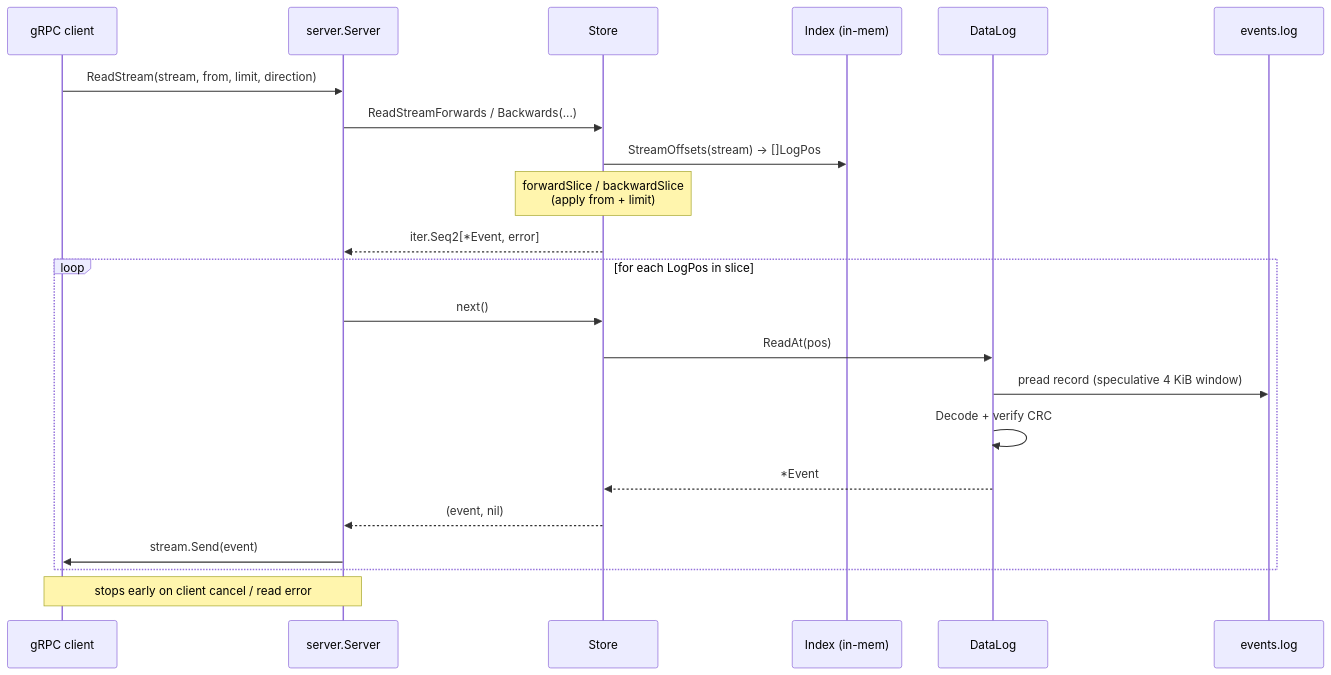
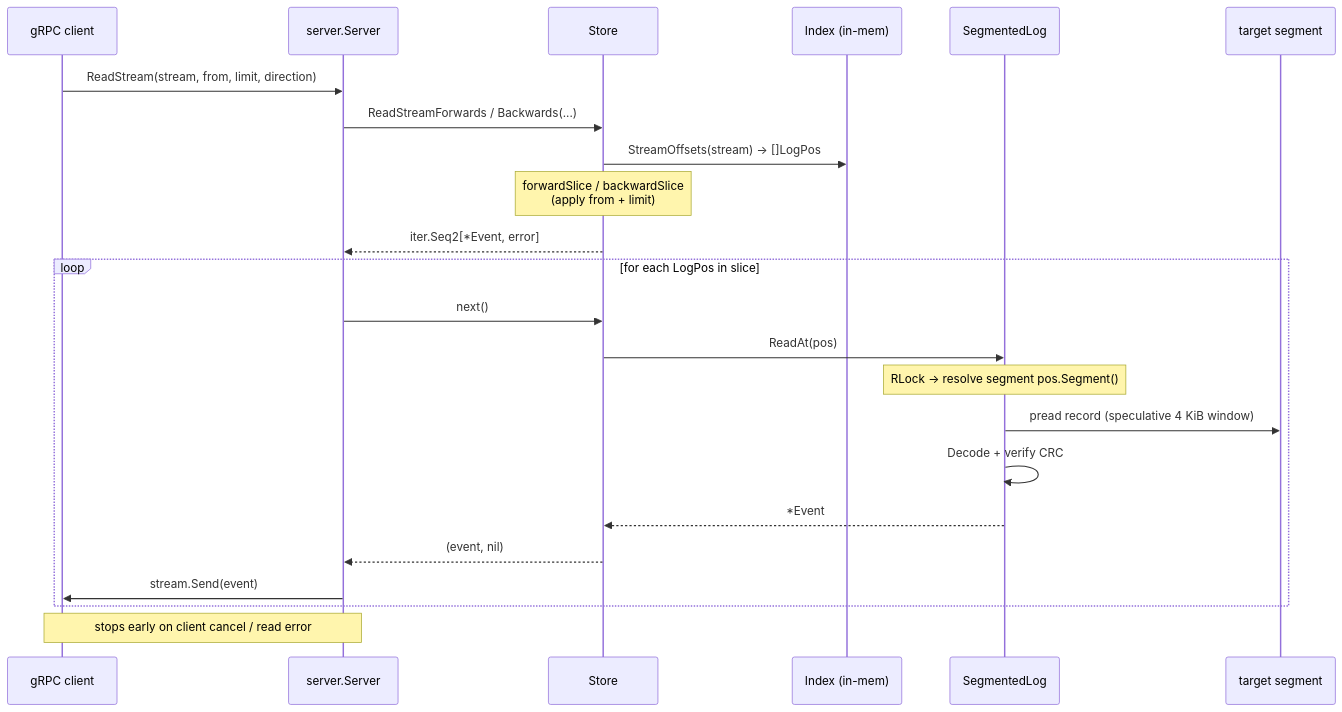
The third of 6 diagrams in doc/architecture.md (leow93/eventstore), drawn with Mermaid before and after one commit. The commit also changed other lines of this file and 13 other files, not shown here.

````diff
--- a/doc/architecture.md
+++ b/doc/architecture.md
@@ -113,25 +114,26 @@
 ```mermaid
 sequenceDiagram
     participant C as gRPC client
     participant S as server.Server
     participant St as Store
     participant Ix as Index (in-mem)
-    participant L as DataLog
-    participant D as events.log
+    participant L as SegmentedLog
+    participant D as target segment
 
     C->>S: ReadStream(stream, from, limit, direction)
     S->>St: ReadStreamForwards / Backwards(...)
     St->>Ix: StreamOffsets(stream) → []LogPos
     Note over St: forwardSlice / backwardSlice<br/>(apply from + limit)
     St-->>S: iter.Seq2[*Event, error]
     loop for each LogPos in slice
         S->>St: next()
         St->>L: ReadAt(pos)
+        Note over L: RLock → resolve segment pos.Segment()
         L->>D: pread record (speculative 4 KiB window)
         L->>L: Decode + verify CRC
         L-->>St: *Event
         St-->>S: (event, nil)
         S->>C: stream.Send(event)
     end
     Note over S,C: stops early on client cancel / read error
 ```
````
